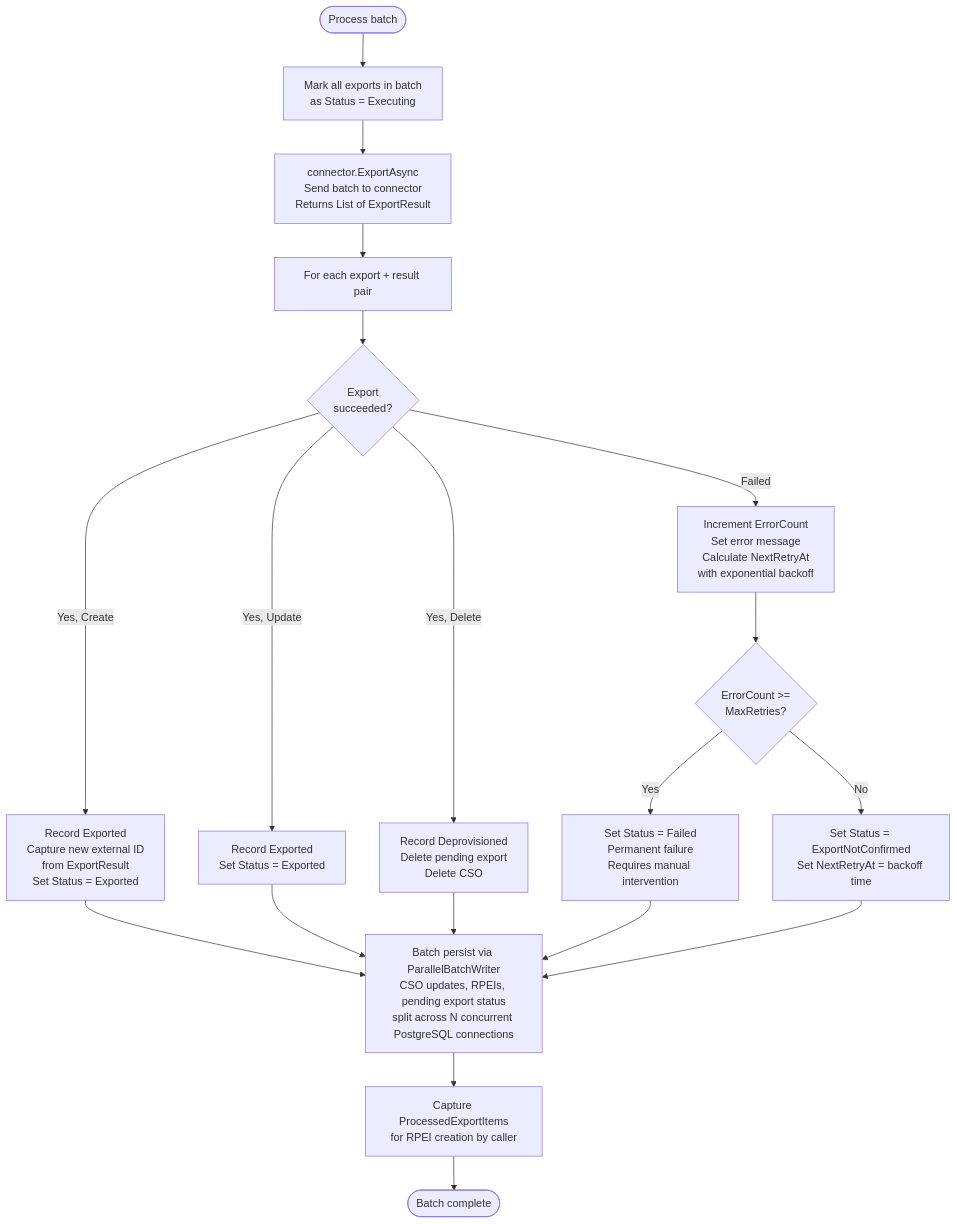
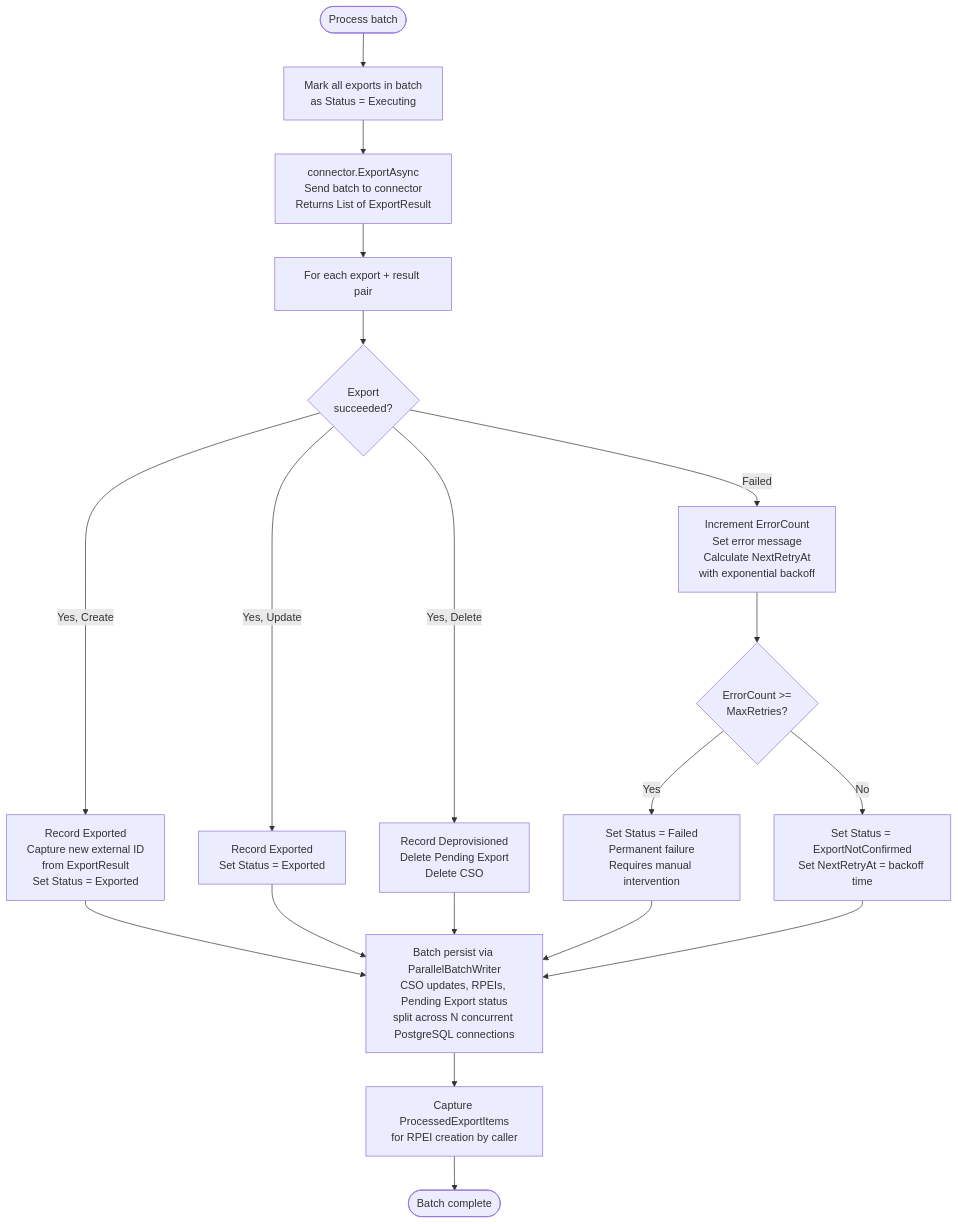
Before and after one commit to TetronIO/JIM: the third of 5 diagrams in docs/developer/diagrams/EXPORT_EXECUTION_FLOW.md, drawn with Mermaid. The commit also changed other lines of this file and 389 other files, not shown here.

First line of the commit message:
Tabbed Synchronisation Rule editor, Schema sub-tabs, and UI text polish (#853)

````diff
--- a/docs/developer/diagrams/EXPORT_EXECUTION_FLOW.md
+++ b/docs/developer/diagrams/EXPORT_EXECUTION_FLOW.md
@@ -90,25 +90,25 @@
 ```mermaid
 flowchart TD
     Start([Process batch]) --> MarkExecuting[Mark all exports in batch<br/>as Status = Executing]
     MarkExecuting --> CallConnector[connector.ExportAsync<br/>Send batch to connector<br/>Returns List of ExportResult]
     CallConnector --> ProcessResults[For each export + result pair]
     ProcessResults --> CheckResult{Export<br/>succeeded?}
 
     CheckResult -->|Yes, Create| HandleCreate[Record Exported<br/>Capture new external ID<br/>from ExportResult<br/>Set Status = Exported]
     CheckResult -->|Yes, Update| HandleUpdate[Record Exported<br/>Set Status = Exported]
-    CheckResult -->|Yes, Delete| HandleDelete[Record Deprovisioned<br/>Delete pending export<br/>Delete CSO]
+    CheckResult -->|Yes, Delete| HandleDelete[Record Deprovisioned<br/>Delete Pending Export<br/>Delete CSO]
     CheckResult -->|Failed| HandleFail[Increment ErrorCount<br/>Set error message<br/>Calculate NextRetryAt<br/>with exponential backoff]
 
     HandleCreate --> Persist
     HandleUpdate --> Persist
     HandleDelete --> Persist
     HandleFail --> CheckMaxRetries{ErrorCount >=<br/>MaxRetries?}
     CheckMaxRetries -->|Yes| MarkFailed[Set Status = Failed<br/>Permanent failure<br/>Requires manual intervention]
     CheckMaxRetries -->|No| SetRetry[Set Status = ExportNotConfirmed<br/>Set NextRetryAt = backoff time]
     MarkFailed --> Persist
     SetRetry --> Persist
 
-    Persist[Batch persist via ParallelBatchWriter<br/>CSO updates, RPEIs, pending export status<br/>split across N concurrent PostgreSQL connections]
+    Persist[Batch persist via ParallelBatchWriter<br/>CSO updates, RPEIs, Pending Export status<br/>split across N concurrent PostgreSQL connections]
     Persist --> CaptureItems[Capture ProcessedExportItems<br/>for RPEI creation by caller]
     CaptureItems --> Done([Batch complete])
 ```
````
